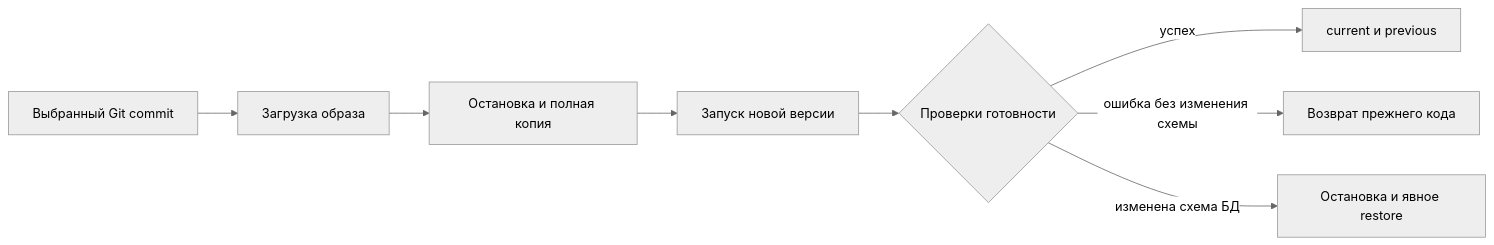
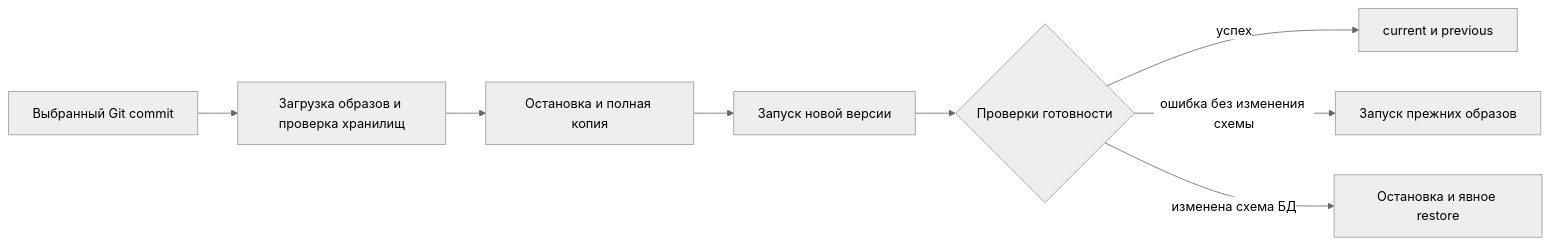
The diagram in deploy/README.md (LittleBuster/fcplcn-soft), drawn with Mermaid (neutral theme) before and after one commit. The commit also changed other lines of this file and 290 other files, not shown here.

````diff
--- a/deploy/README.md
+++ b/deploy/README.md
@@ -278,10 +278,10 @@
 ```mermaid
 flowchart LR
-    A[Выбранный Git commit] --> B[Загрузка образа]
+    A[Выбранный Git commit] --> B[Загрузка образов и проверка хранилищ]
     B --> C[Остановка и полная копия]
     C --> D[Запуск новой версии]
     D --> E{Проверки готовности}
     E -->|успех| F[current и previous]
-    E -->|ошибка без изменения схемы| G[Возврат прежнего кода]
+    E -->|ошибка без изменения схемы| G[Запуск прежних образов]
     E -->|изменена схема БД| H[Остановка и явное restore]
 ```
````
